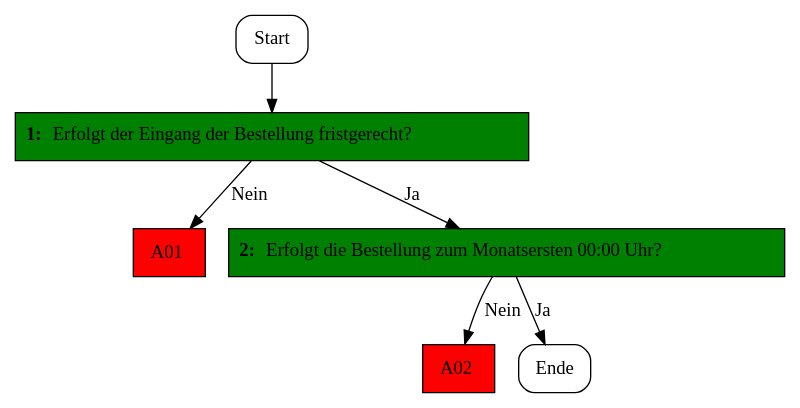
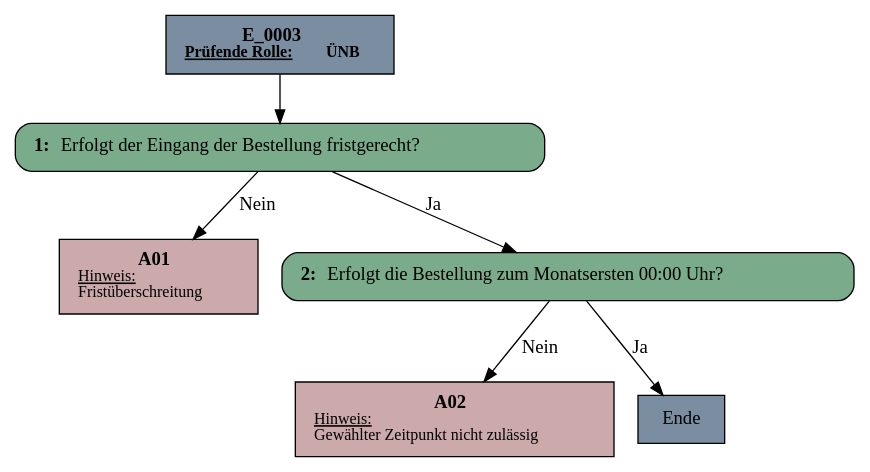
One commit to Hochfrequenz/rebdhuhn changed the diagram in unittests/output/E_0003.dot. Above: the diagram before and after it, drawn with Graphviz. The commit also changed 11 other files, not shown here.

```diff
--- a/unittests/output/E_0003.dot
+++ b/unittests/output/E_0003.dot
@@ -1,14 +1,14 @@
 digraph D {
-    "Start" [shape=box, style=rounded, label="Start"];
-    "1" [shape=box, style="filled", fillcolor="green", label=<<B>1: </B>Erfolgt der Eingang der Bestellung fristgerecht?<BR align="left"/>>];
-    "A01" [shape=box, style="filled", fillcolor="red", label=<A01<BR align="left"/>>];
-    "2" [shape=box, style="filled", fillcolor="green", label=<<B>2: </B>Erfolgt die Bestellung zum Monatsersten 00:00 Uhr?<BR align="left"/>>];
-    "A02" [shape=box, style="filled", fillcolor="red", label=<A02<BR align="left"/>>];
-    "Ende" [shape=box, style=rounded, label="Ende"];
+    "Start" [margin="0.2,0.12", shape=box, style=filled, fillcolor="#7a8da1", label=<<B>E_0003</B><BR align="center"/><FONT point-size="12"><B><U>Prüfende Rolle:</U> ÜNB</B></FONT><BR align="center"/>>];
+    "1" [margin="0.2,0.12", pad="2,0", shape=box, style="filled,rounded", fillcolor="#7aab8a", label=<<B>1: </B>Erfolgt der Eingang der Bestellung fristgerecht?<BR align="left"/>>];
+    "A01" [margin="0.2,0.12", shape=box, style=filled, fillcolor="#cca9ab", label=<<B>A01</B><BR align="center"/><FONT point-size="12"><U>Hinweis:</U><BR align="left"/>Fristüberschreitung<BR align="left"/></FONT>>];
+    "2" [margin="0.2,0.12", pad="2,0", shape=box, style="filled,rounded", fillcolor="#7aab8a", label=<<B>2: </B>Erfolgt die Bestellung zum Monatsersten 00:00 Uhr?<BR align="left"/>>];
+    "A02" [margin="0.2,0.12", shape=box, style=filled, fillcolor="#cca9ab", label=<<B>A02</B><BR align="center"/><FONT point-size="12"><U>Hinweis:</U><BR align="left"/>Gewählter Zeitpunkt nicht zulässig<BR align="left"/></FONT>>];
+    "Ende" [margin="0.2,0.12", shape=box, style=filled, fillcolor="#7a8da1", label="Ende"];
 
     "Start" -> "1";
     "1" -> "A01" [label="Nein"];
     "1" -> "2" [label="Ja"];
     "2" -> "A02" [label="Nein"];
     "2" -> "Ende" [label="Ja"];
 }
```
